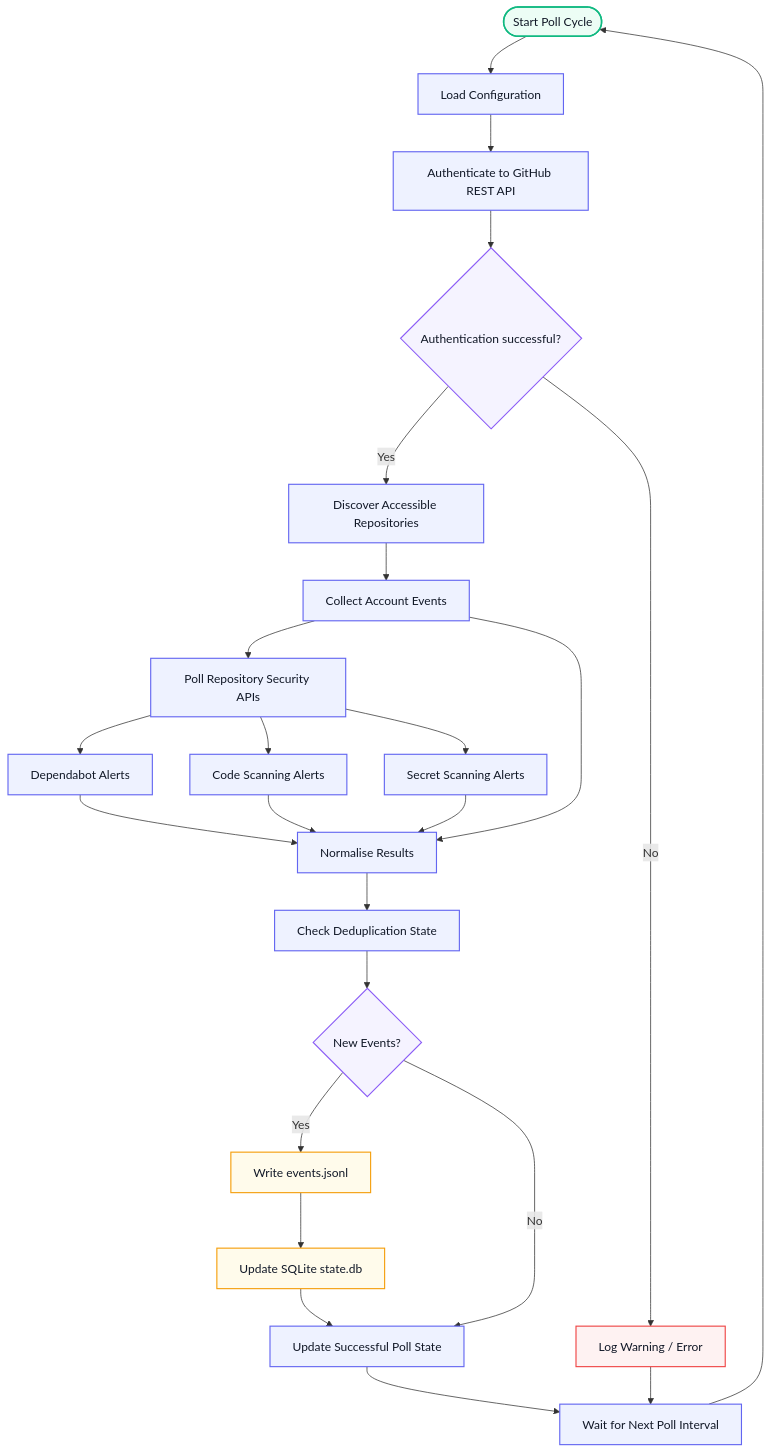
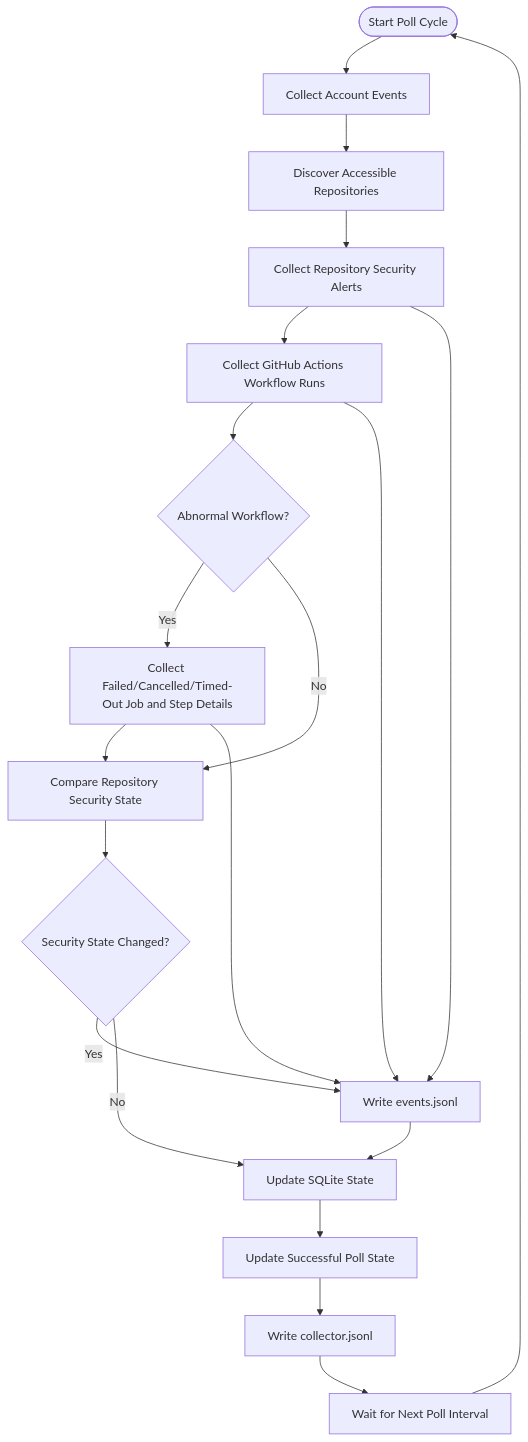
Before and after one commit to webbie003/github-logs-collector: the second of 2 diagrams in README.md, drawn with Mermaid. The commit also changed other lines of this file and 10 other files, not shown here.

Commit message:
Add security-focused GitHub Actions monitoring for v0.2.2

````diff
--- a/README.md
+++ b/README.md
@@ -159,70 +156,41 @@
 ```mermaid
 flowchart TD
     start(["Start Poll Cycle"])
-    config["Load Configuration"]
-    auth["Authenticate to GitHub REST API"]
-    authok{"Authentication successful?"}
-
+    account["Collect Account Events"]
     repos["Discover Accessible Repositories"]
-    account["Collect Account Events"]
-
-    security["Poll Repository Security APIs"]
-    dependabot["Dependabot Alerts"]
-    code["Code Scanning Alerts"]
-    secrets["Secret Scanning Alerts"]
-
-    normalize["Normalise Results"]
-    dedupe["Check Deduplication State"]
-    newevents{"New Events?"}
-
+    security["Collect Repository Security Alerts"]
+    actions["Collect GitHub Actions Workflow Runs"]
+    abnormal{"Abnormal Workflow?"}
+    jobs["Collect Failed/Cancelled/Timed-Out Job and Step Details"]
+    repostate["Compare Repository Security State"]
+    changes{"Security State Changed?"}
     write["Write events.jsonl"]
-    state["Update SQLite state.db"]
+    opwrite["Write collector.jsonl"]
+    state["Update SQLite State"]
     success["Update Successful Poll State"]
-
-    warning["Log Warning / Error"]
     wait["Wait for Next Poll Interval"]
 
-    start --> config
-    config --> auth
-    auth --> authok
+    start --> account
+    account --> repos
+    repos --> security
+    security --> actions
+    actions --> abnormal
 
-    authok -- Yes --> repos
-    authok -- No --> warning
+    abnormal -- Yes --> jobs
+    abnormal -- No --> repostate
+    jobs --> repostate
 
-    repos --> account
-    account --> security
+    repostate --> changes
+    changes -- Yes --> write
+    changes -- No --> state
 
-    security --> dependabot
-    security --> code
-    security --> secrets
+    security --> write
+    actions --> write
+    jobs --> write
 
-    dependabot --> normalize
-    code --> normalize
-    secrets --> normalize
-    account --> normalize
-
-    normalize --> dedupe
-    dedupe --> newevents
-
-    newevents -- Yes --> write
     write --> state
     state --> success
-
-    newevents -- No --> success
-
-    success --> wait
-    warning --> wait
+    success --> opwrite
+    opwrite --> wait
     wait --> start
-
-    classDef startEnd fill:#ecfdf5,stroke:#10b981,stroke-width:2px,color:#111827;
-    classDef process fill:#eef2ff,stroke:#6366f1,stroke-width:1.5px,color:#111827;
-    classDef decision fill:#f5f3ff,stroke:#8b5cf6,stroke-width:1.5px,color:#111827;
-    classDef warning fill:#fef2f2,stroke:#ef4444,stroke-width:1.5px,color:#111827;
-    classDef storage fill:#fffbeb,stroke:#f59e0b,stroke-width:1.5px,color:#111827;
-
-    class start startEnd;
-    class config,auth,repos,account,security,dependabot,code,secrets,normalize,dedupe,success,wait process;
-    class authok,newevents decision;
-    class warning warning;
-    class write,state storage;
 ```
````
